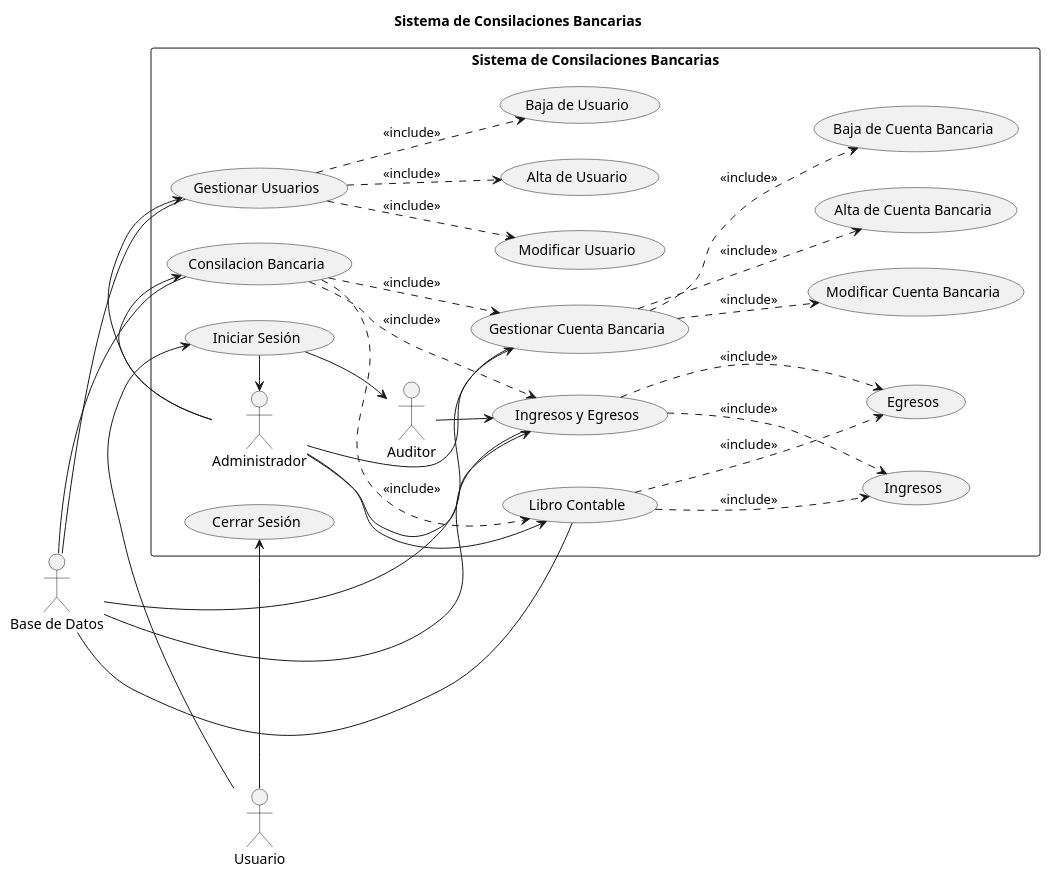
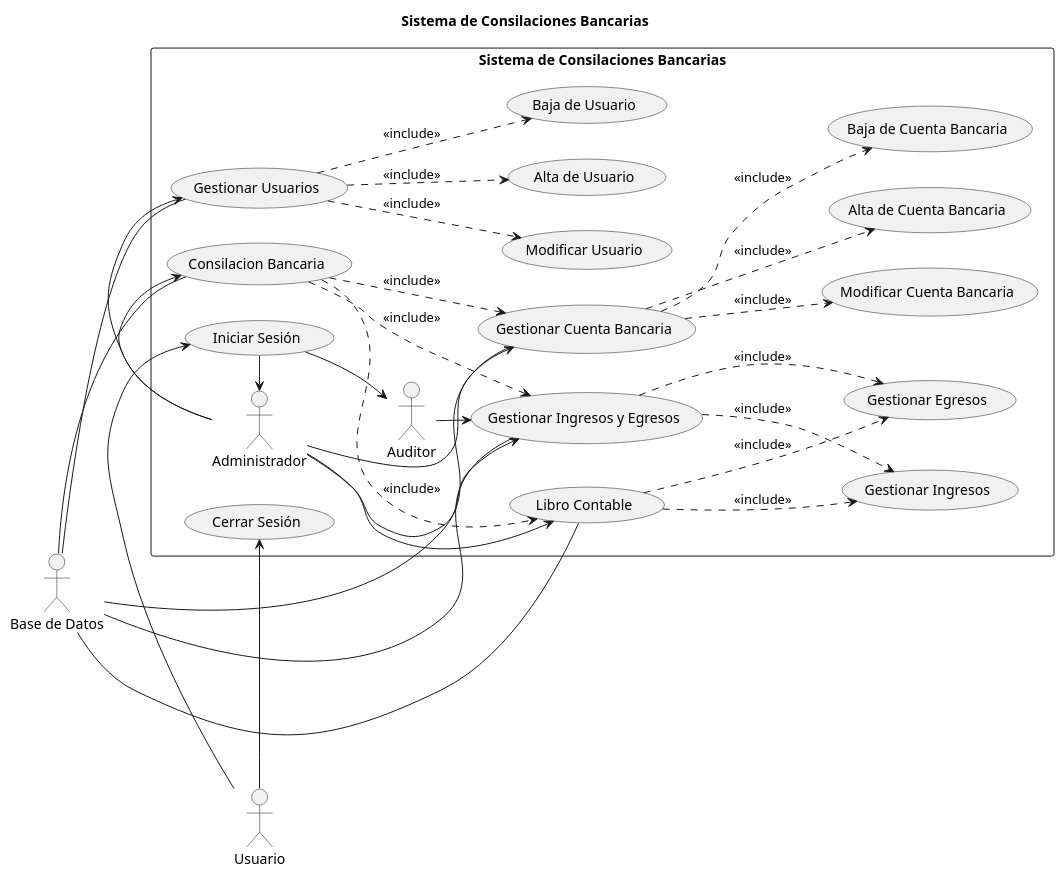
One commit to ricardouriegas/sistema-de-consilaciones-bancarias changed the diagram in UML-General.puml. Above: the diagram before and after it, drawn with PlantUML. The commit also changed 3 other files, not shown here.

```diff
--- a/UML-General.puml
+++ b/UML-General.puml
@@ -1,56 +1,56 @@
 @startuml auditoria
 title Sistema de Consilaciones Bancarias
 left to right direction
 
 actor "Usuario" as Usuario
 
 rectangle "Sistema de Consilaciones Bancarias" {
     Usuario -> (Iniciar Sesión)
     Usuario -> (Cerrar Sesión)
     
     actor "Administrador" as admin
     actor "Auditor" as auditor
 
     (Iniciar Sesión) -> admin
     (Iniciar Sesión) -> auditor
 
     admin -> (Gestionar Usuarios)
     admin -> (Gestionar Cuenta Bancaria)
     admin -> (Consilacion Bancaria)
-    admin -> (Ingresos y Egresos)
+    admin -> (Gestionar Ingresos y Egresos)
     admin -> (Libro Contable) 
 
-    auditor -> (Ingresos y Egresos)
+    auditor -> (Gestionar Ingresos y Egresos)
 
     ' includes y extends
-    (Consilacion Bancaria) .-> (Ingresos y Egresos) : <<include>>
+    (Consilacion Bancaria) .-> (Gestionar Ingresos y Egresos) : <<include>>
     (Consilacion Bancaria) .-> (Libro Contable) : <<include>>
     (Consilacion Bancaria) .-> (Gestionar Cuenta Bancaria) : <<include>>
 
     (Gestionar Usuarios) .-> (Alta de Usuario) : <<include>>
     (Gestionar Usuarios) .-> (Baja de Usuario) : <<include>>
     (Gestionar Usuarios) .-> (Modificar Usuario) : <<include>>
 
     (Gestionar Cuenta Bancaria) .-> (Alta de Cuenta Bancaria) : <<include>>
     (Gestionar Cuenta Bancaria) .-> (Baja de Cuenta Bancaria) : <<include>>
     (Gestionar Cuenta Bancaria) .-> (Modificar Cuenta Bancaria) : <<include>>
 
-    (Ingresos y Egresos) .-> (Ingresos) : <<include>>
-    (Ingresos y Egresos) .-> (Egresos) : <<include>>
+    (Gestionar Ingresos y Egresos) .-> (Gestionar Ingresos) : <<include>>
+    (Gestionar Ingresos y Egresos) .-> (Gestionar Egresos) : <<include>>
     ' (Ingresos y Egresos) .-> (Modificar Ingresos) : <<include>>
     ' (Ingresos y Egresos) .-> (Modificar Egresos) : <<include>>
 
-    (Libro Contable) .-> (Ingresos) : <<include>>
-    (Libro Contable) .-> (Egresos) : <<include>>
+    (Libro Contable) .-> (Gestionar Ingresos) : <<include>>
+    (Libro Contable) .-> (Gestionar Egresos) : <<include>>
 
 }
 
 actor "Base de Datos" as db
 
 db -- (Gestionar Usuarios)
 db -- (Gestionar Cuenta Bancaria)
 db -- (Consilacion Bancaria)
-db -- (Ingresos y Egresos)
+db -- (Gestionar Ingresos y Egresos)
 db -- (Libro Contable)
 
 @enduml
```
